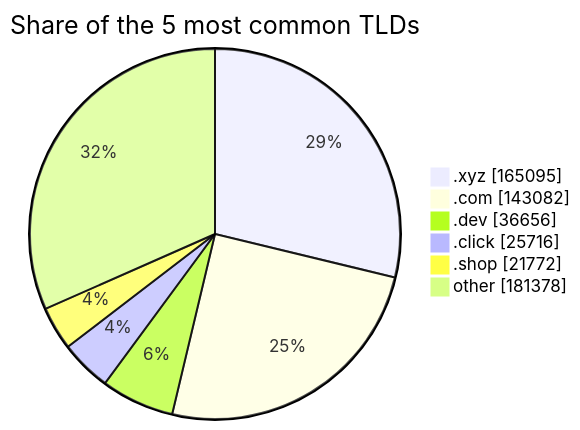
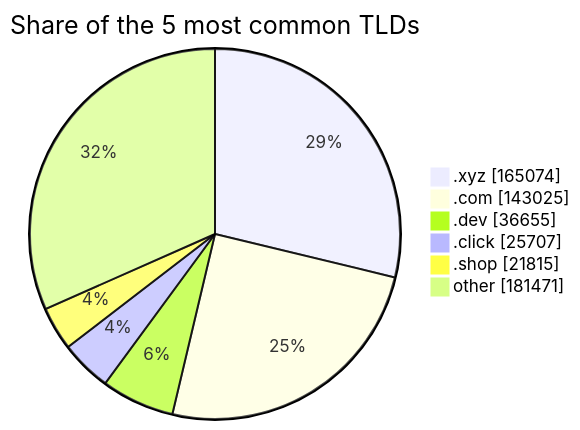
The third of 3 diagrams in README.md (DNSBunker/CTI), drawn with Mermaid before and after one commit. The commit also changed other lines of this file and 3 other files, not shown here.

````diff
--- a/README.md
+++ b/README.md
@@ -81,9 +81,9 @@
 ```mermaid
 pie showData title Share of the 5 most common TLDs
-    ".xyz" : 165095
-    ".com" : 143082
-    ".dev" : 36656
-    ".click" : 25716
-    ".shop" : 21772
-    "other" : 181378
+    ".xyz" : 165074
+    ".com" : 143025
+    ".dev" : 36655
+    ".click" : 25707
+    ".shop" : 21815
+    "other" : 181471
 ```
````
